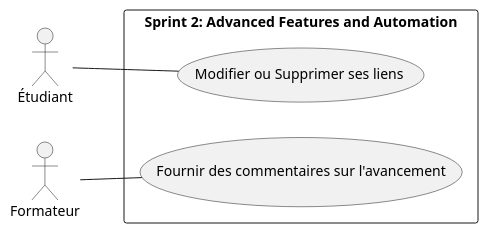
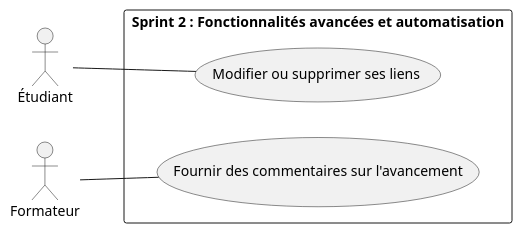
One commit to AyoubBakali07/UI_UX_Design changed the diagram in Branch_fonctionell/Use_cases/use_case_sprint2.puml. Above: the diagram before and after it, drawn with PlantUML. The commit also changed 6 other files, not shown here.

```diff
--- a/Branch_fonctionell/Use_cases/use_case_sprint2.puml
+++ b/Branch_fonctionell/Use_cases/use_case_sprint2.puml
@@ -1,17 +1,14 @@
 @startuml
 left to right direction
 actor Étudiant
 actor Formateur
 
-rectangle "Sprint 2: Advanced Features and Automation" {
-    usecase "Modifier ou Supprimer ses liens" as UC8
-
+rectangle "Sprint 2 : Fonctionnalités avancées et automatisation" {
+    usecase "Modifier ou supprimer ses liens" as UC8
     usecase "Fournir des commentaires sur l'avancement" as UC5
 }
 
 Étudiant -- UC8
-
 Formateur -- UC5
 
-
 @enduml
```
